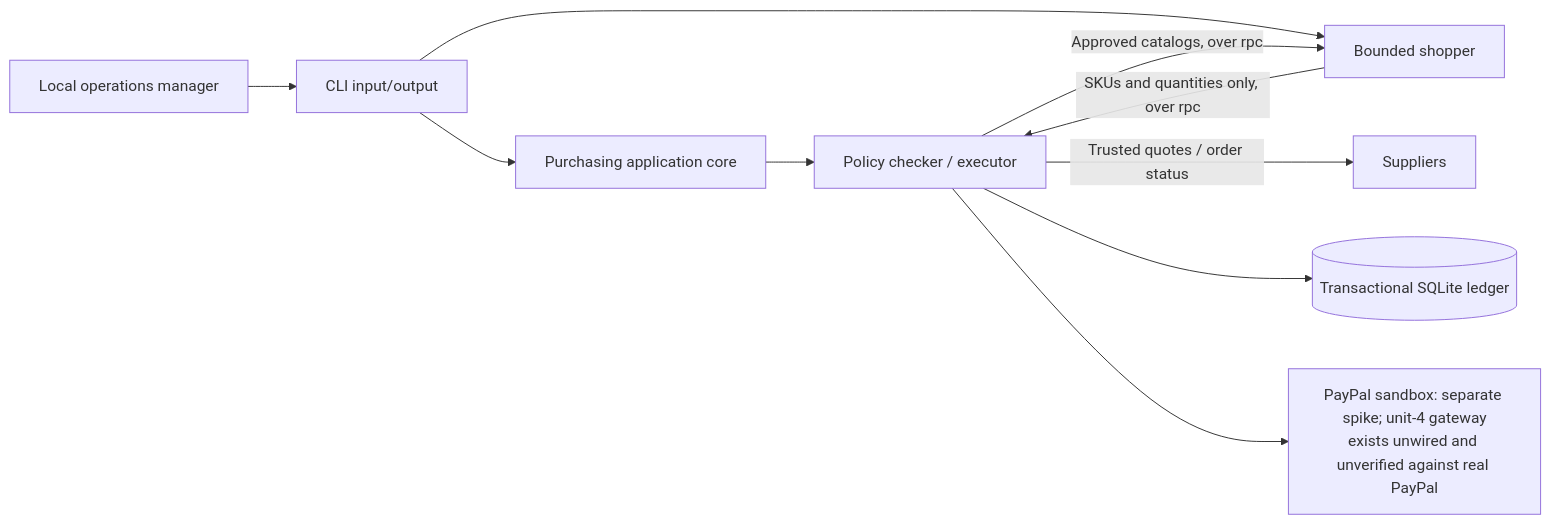
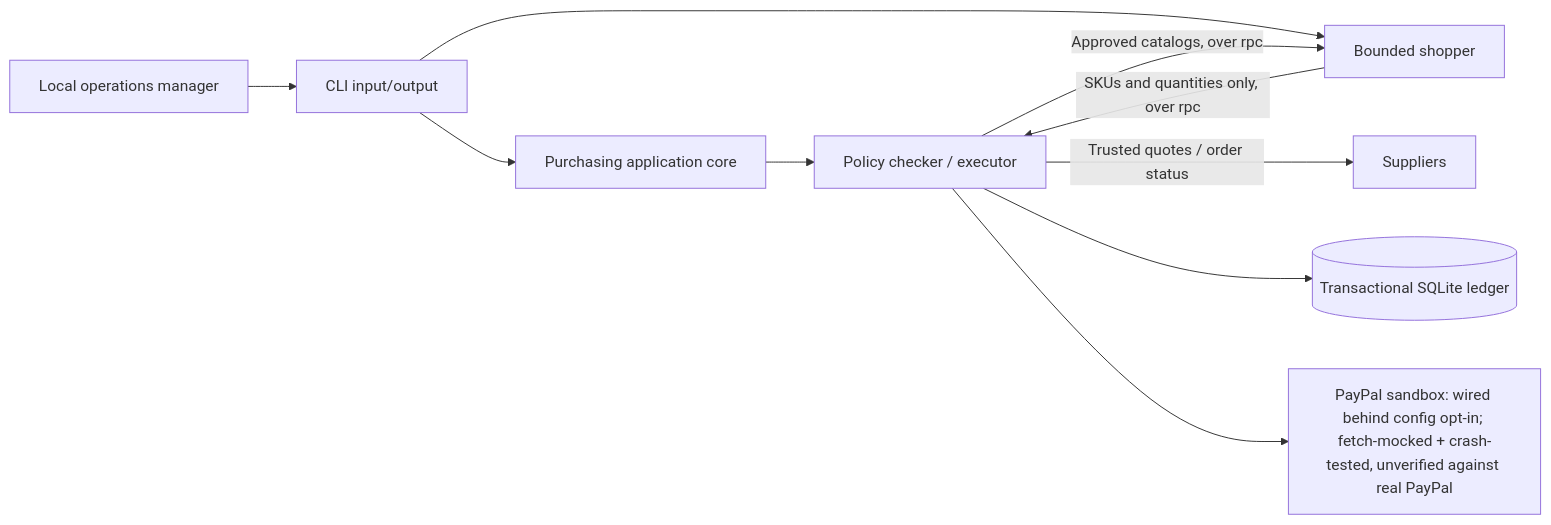
Before and after one commit to pranavpillaiNUS/Purse-Strings: the first of 2 diagrams in docs/architecture.md, drawn with Mermaid. The commit also changed other lines of this file and 10 other files, not shown here.

````diff
--- a/docs/architecture.md
+++ b/docs/architecture.md
@@ -5,12 +5,12 @@
 ```mermaid
 flowchart LR
   Human[Local operations manager] --> CLI[CLI input/output]
   CLI --> Core[Purchasing application core]
   Core --> Checker
   CLI --> Agent[Bounded shopper]
   Agent -->|SKUs and quantities only, over rpc| Checker[Policy checker / executor]
   Checker -->|Approved catalogs, over rpc| Agent
   Checker -->|Trusted quotes / order status| Suppliers
   Checker --> Ledger[(Transactional SQLite ledger)]
-  Checker --> PayPal[PayPal sandbox: separate spike; unit-4 gateway<br/>exists unwired and unverified against real PayPal]
+  Checker --> PayPal[PayPal sandbox: wired behind config opt-in; <br/>fetch-mocked + crash-tested, unverified against real PayPal]
 ```
````
